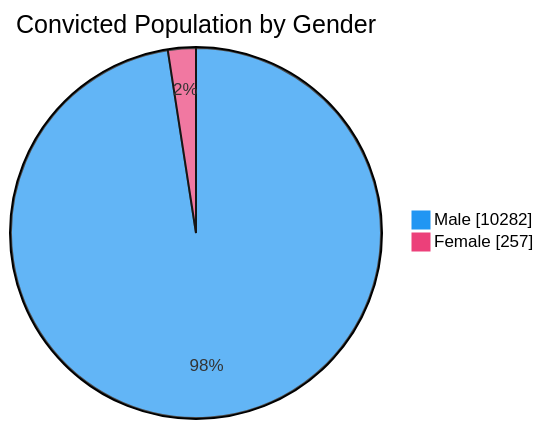
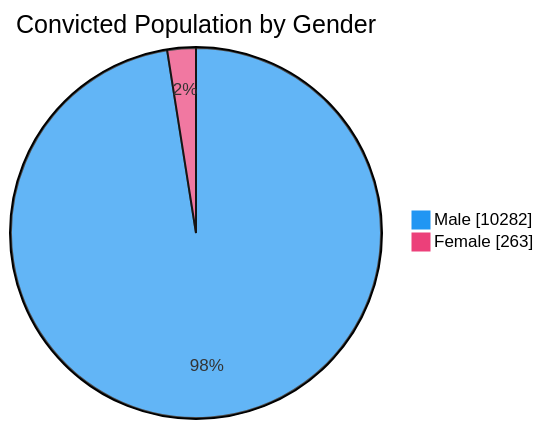
The third of 7 diagrams in README.md (nuuuwan/lk_prisons), drawn with Mermaid before and after one commit. The commit also changed other lines of this file and 1 other file, not shown here.

````diff
--- a/README.md
+++ b/README.md
@@ -65,6 +65,6 @@
 ```mermaid
 %%{init: {'themeVariables': {'pie1': '#2196F3', 'pie2': '#EC407A'}}}%%
 pie showData title Convicted Population by Gender
     "Male" : 10282
-    "Female" : 257
+    "Female" : 263
 ```
````
